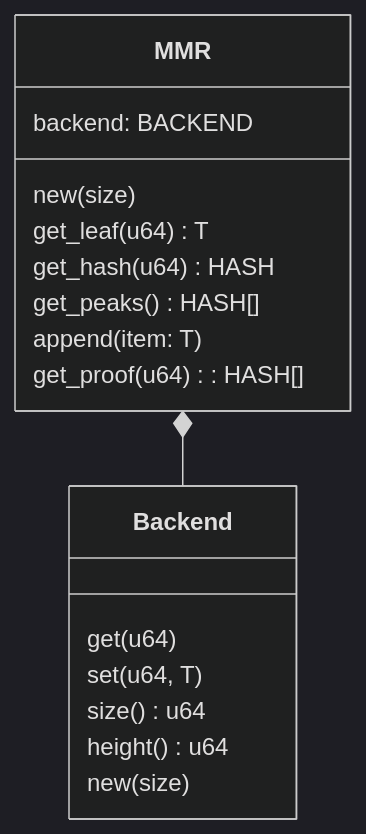
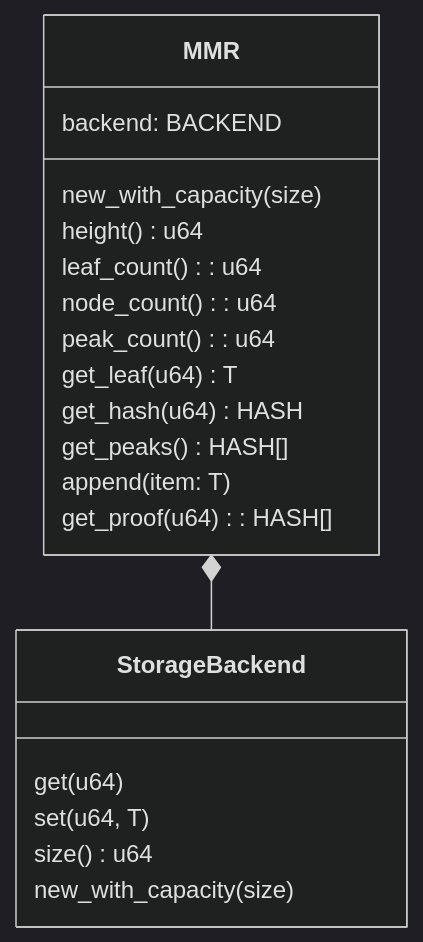
One commit to vlayer-xyz/vlayer changed the first of 3 diagrams in book/src/appendix/architecture/block_proof.md. Above: the diagram before and after it, drawn with Mermaid. The commit also changed other lines of this file, not shown here.

Commit message:
various small improvements

````diff
--- a/book/src/appendix/architecture/block_proof.md
+++ b/book/src/appendix/architecture/block_proof.md
@@ -75,25 +75,28 @@
 ```mermaid
 %%{init: {'theme':'dark'}}%%
 classDiagram
 
-MMR *-- Backend
+MMR *-- StorageBackend
 
 
-class Backend {
+class StorageBackend {
     get(u64)
     set(u64, T)
     size() u64
-    height() u64
-    new(size)
+    new_with_capacity(size)
 }
 
 class MMR {    
     backend: BACKEND
-    new(size)
+    new_with_capacity(size)
+    height() u64    
+    leaf_count(): u64
+    node_count(): u64
+    peak_count(): u64
     get_leaf(u64) T
     get_hash(u64) HASH
     get_peaks() HASH[]
     append(item: T)
     get_proof(u64): HASH[]
 }
 ```
````
